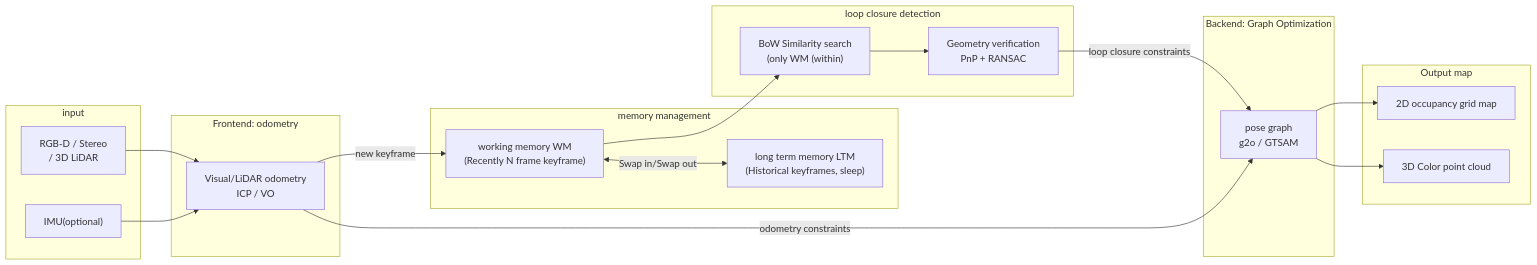
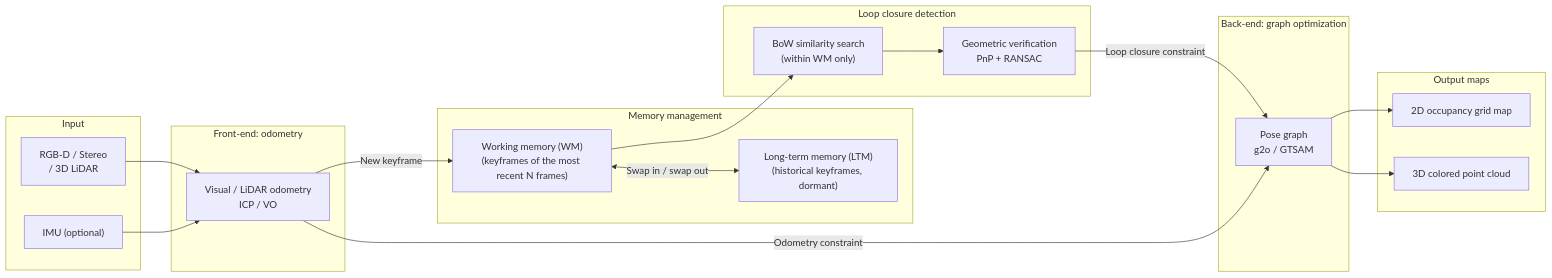
The ninth of 18 diagrams in _translations/en/research/Robot-Navigation-Survey.md (TingdeLiu/tingdeliu.github.io), drawn with Mermaid before and after one commit. The commit also changed other lines of this file and 51 other files, not shown here.

````diff
--- a/_translations/en/research/Robot-Navigation-Survey.md
+++ b/_translations/en/research/Robot-Navigation-Survey.md
@@ -876,41 +876,41 @@
 ```mermaid
 flowchart LR
-    subgraph Input["input"]
+    subgraph Input["Input"]
         RGBD["RGB-D / Stereo\n/ 3D LiDAR"]
-        IMU2["IMU(optional)"]
+        IMU2["IMU (optional)"]
     end
 
-    subgraph Frontend["Frontend: odometry"]
-        VO["Visual/LiDAR odometry\nICP / VO"]
+    subgraph Frontend["Front-end: odometry"]
+        VO["Visual / LiDAR odometry\nICP / VO"]
     end
 
-    subgraph Memory["memory management"]
-        WM["working memory WM\n(Recently N frame keyframe)"]
-        LTM["long term memory LTM\n(Historical keyframes, sleep)"]
-        WM <-->|"Swap in/Swap out"| LTM
+    subgraph Memory["Memory management"]
+        WM["Working memory (WM)\n(keyframes of the most recent N frames)"]
+        LTM["Long-term memory (LTM)\n(historical keyframes, dormant)"]
+        WM <-->|"Swap in / swap out"| LTM
     end
 
-    subgraph Loop[" loop closure detection "]
-        BOW2["BoW Similarity search\n(only WM (within)"]
-        GEO["Geometry verification\nPnP + RANSAC"]
+    subgraph Loop["Loop closure detection"]
+        BOW2["BoW similarity search\n(within WM only)"]
+        GEO["Geometric verification\nPnP + RANSAC"]
     end
 
-    subgraph Backend["Backend: Graph Optimization"]
-        PG["pose graph\ng2o / GTSAM"]
+    subgraph Backend["Back-end: graph optimization"]
+        PG["Pose graph\ng2o / GTSAM"]
     end
 
-    subgraph Output["Output map"]
+    subgraph Output["Output maps"]
         OCC["2D occupancy grid map"]
-        PC["3D Color point cloud"]
+        PC["3D colored point cloud"]
     end
 
     RGBD --> VO
     IMU2 --> VO
-    VO -->|"new keyframe"| WM
+    VO -->|"New keyframe"| WM
     WM --> BOW2
     BOW2 --> GEO
-    GEO -->|"loop closure constraints"| PG
-    VO -->|"odometry constraints"| PG
+    GEO -->|"Loop closure constraint"| PG
+    VO -->|"Odometry constraint"| PG
     PG --> OCC
     PG --> PC
 ```
````
